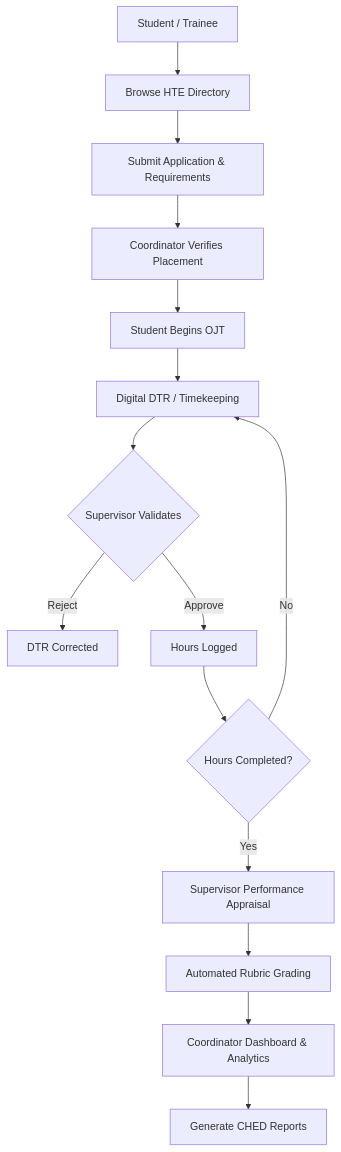
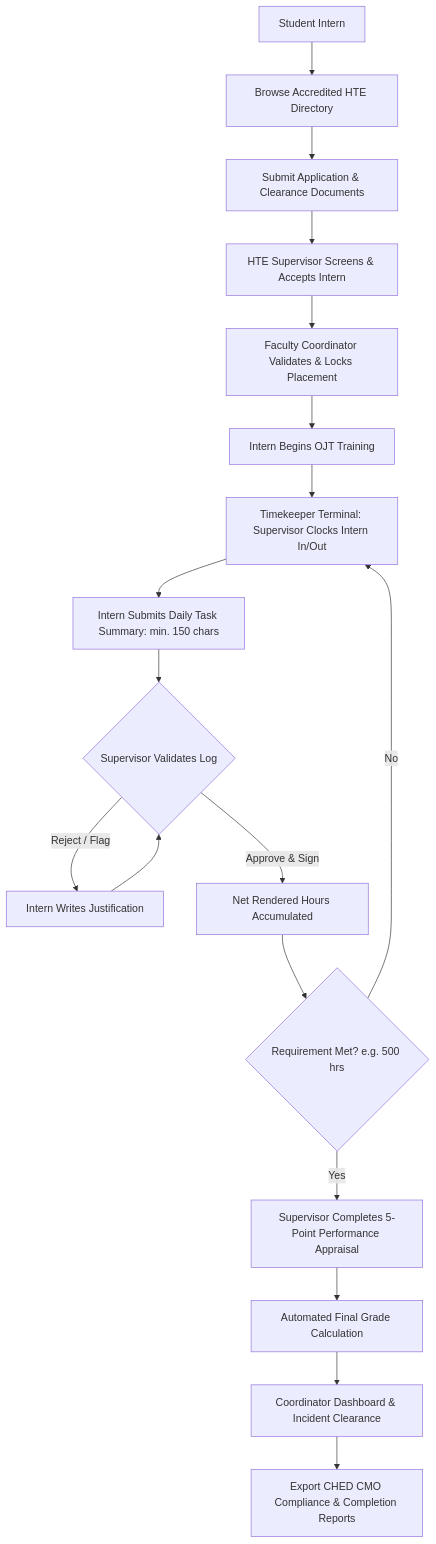
One commit to JeffGentapanan/Team_MenteeLog changed the diagram in MenteeLog/README.md. Above: the diagram before and after it, drawn with Mermaid. The commit also changed other lines of this file and 15 other files, not shown here.

````diff
--- a/MenteeLog/README.md
+++ b/MenteeLog/README.md
@@ -44,20 +45,23 @@
 ```mermaid
 flowchart TD
-    A[Student / Trainee] --> B[Browse HTE Directory]
-    B --> C[Submit Application & Requirements]
-    C --> D[Coordinator Verifies Placement]
-    D --> E[Student Begins OJT]
+    A[Student Intern] --> B[Browse Accredited HTE Directory]
+    B --> C[Submit Application & Clearance Documents]
+    C --> D[HTE Supervisor Screens & Accepts Intern]
+    D --> E[Faculty Coordinator Validates & Locks Placement]
+    E --> F[Intern Begins OJT Training]
     
-    E --> F[Digital DTR / Timekeeping]
-    F --> G{Supervisor Validates}
-    G -->|Reject| H[DTR Corrected]
-    G -->|Approve| I[Hours Logged]
+    F --> G[Timekeeper Terminal: Supervisor Clocks Intern In/Out]
+    G --> H[Intern Submits Daily Task Summary: min. 150 chars]
+    H --> I{Supervisor Validates Log}
+    I -->|Reject / Flag| J[Intern Writes Justification]
+    J --> I
+    I -->|Approve & Sign| K[Net Rendered Hours Accumulated]
     
-    I --> J{Hours Completed?}
-    J -->|No| F
-    J -->|Yes| K[Supervisor Performance Appraisal]
+    K --> L{Requirement Met? e.g. 500 hrs}
+    L -->|No| G
+    L -->|Yes| M[Supervisor Completes 5-Point Performance Appraisal]
     
-    K --> L[Automated Rubric Grading]
-    L --> M[Coordinator Dashboard & Analytics]
-    M --> N[Generate CHED Reports]
+    M --> N[Automated Final Grade Calculation]
+    N --> O[Coordinator Dashboard & Incident Clearance]
+    O --> P[Export CHED CMO Compliance & Completion Reports]
 ```
````
